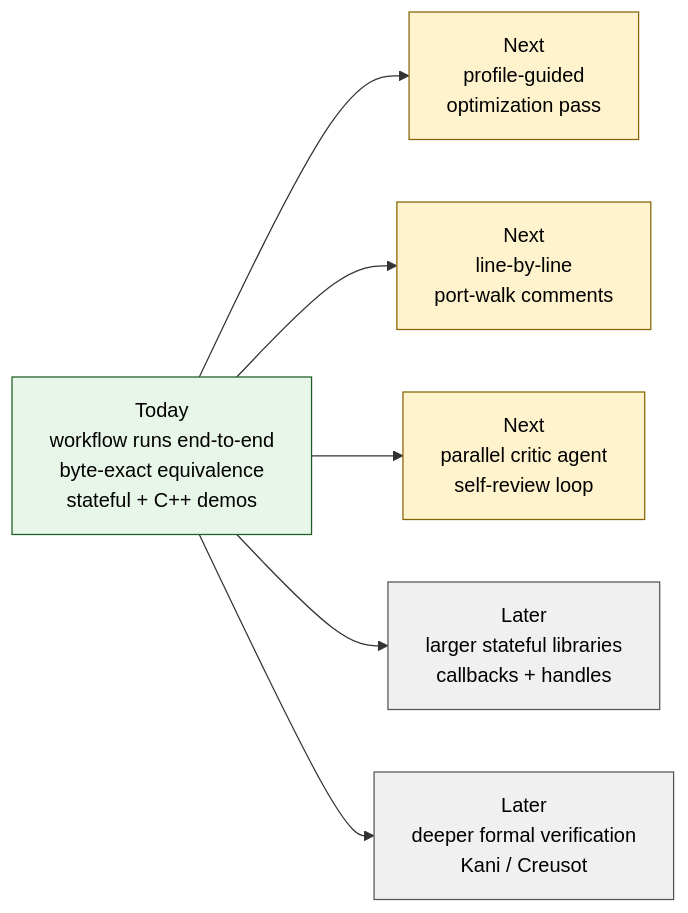
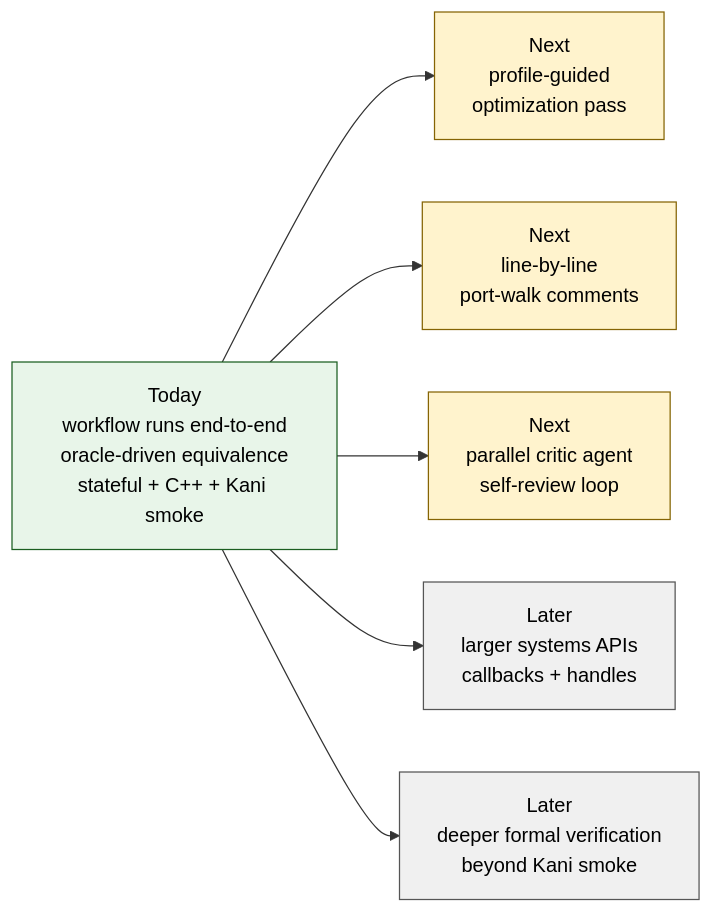
The diagram in ROADMAP.md (oandronachi/agentic-c2rust), drawn with Mermaid before and after one commit. The commit also changed other lines of this file and 180 other files, not shown here.

````diff
--- a/ROADMAP.md
+++ b/ROADMAP.md
@@ -7,15 +12,15 @@
 ```mermaid
 flowchart LR
-    A[Today<br/>workflow runs end-to-end<br/>byte-exact equivalence<br/>stateful + C++ demos] --> B[Next<br/>profile-guided<br/>optimization pass]
+    A[Today<br/>workflow runs end-to-end<br/>oracle-driven equivalence<br/>stateful + C++ + Kani smoke] --> B[Next<br/>profile-guided<br/>optimization pass]
     A --> C[Next<br/>line-by-line<br/>port-walk comments]
     A --> D[Next<br/>parallel critic agent<br/>self-review loop]
-    A --> E[Later<br/>larger stateful libraries<br/>callbacks + handles]
-    A --> F[Later<br/>deeper formal verification<br/>Kani / Creusot]
+    A --> E[Later<br/>larger systems APIs<br/>callbacks + handles]
+    A --> F[Later<br/>deeper formal verification<br/>beyond Kani smoke]
 
     classDef now fill:#e8f5e9,stroke:#1b5e20,color:#000
     classDef soon fill:#fff3cd,stroke:#856404,color:#000
     classDef later fill:#f0f0f0,stroke:#555,color:#000
     class A now
     class B,C,D soon
     class E,F later
 ```
````
